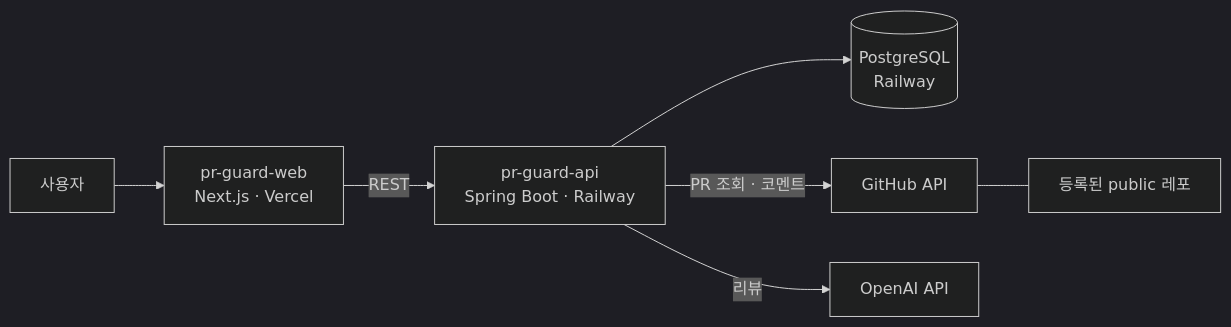
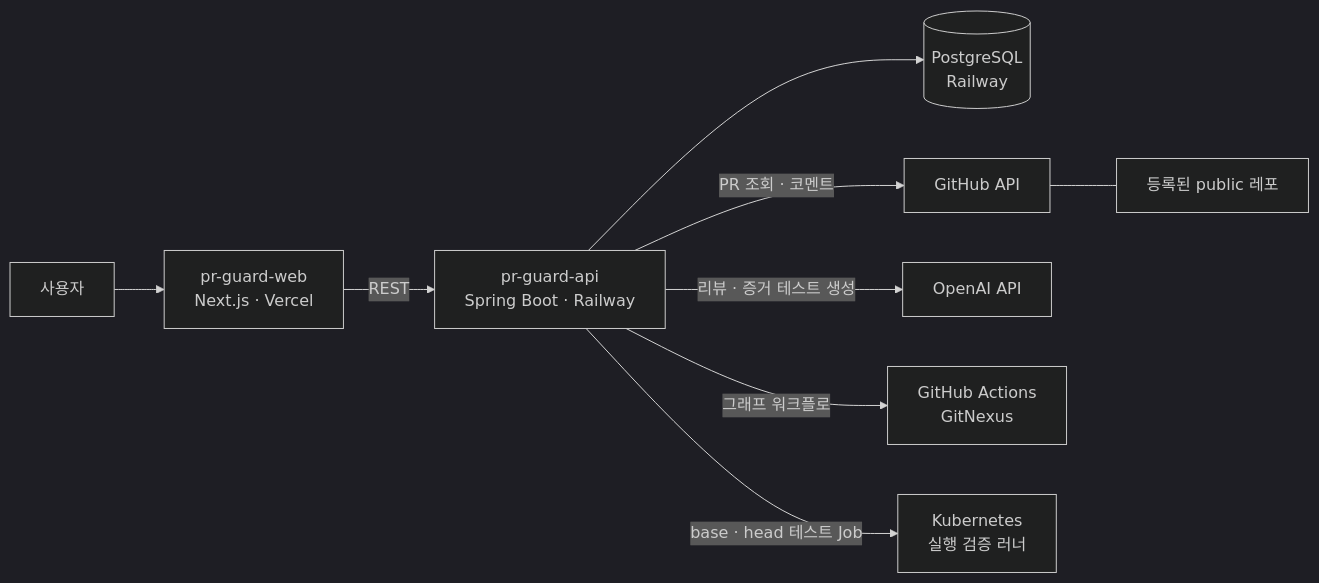
One commit to dongguk-creative-fusion-2026/.github changed the diagram in profile/README.md. Above: the diagram before and after it, drawn with Mermaid (dark theme). The commit also changed other lines of this file, not shown here.

````diff
--- a/profile/README.md
+++ b/profile/README.md
@@ -44,9 +66,11 @@
 ```mermaid
 flowchart LR
     U["사용자"] --> W["pr-guard-web<br>Next.js · Vercel"]
     W -->|REST| A["pr-guard-api<br>Spring Boot · Railway"]
     A --> DB[("PostgreSQL<br>Railway")]
     A -->|"PR 조회 · 코멘트"| G["GitHub API"]
-    A -->|리뷰| O["OpenAI API"]
+    A -->|"리뷰 · 증거 테스트 생성"| O["OpenAI API"]
+    A -->|"그래프 워크플로"| GA["GitHub Actions<br>GitNexus"]
+    A -->|"base · head 테스트 Job"| K["Kubernetes<br>실행 검증 러너"]
     G --- R["등록된 public 레포"]
 ```
````
